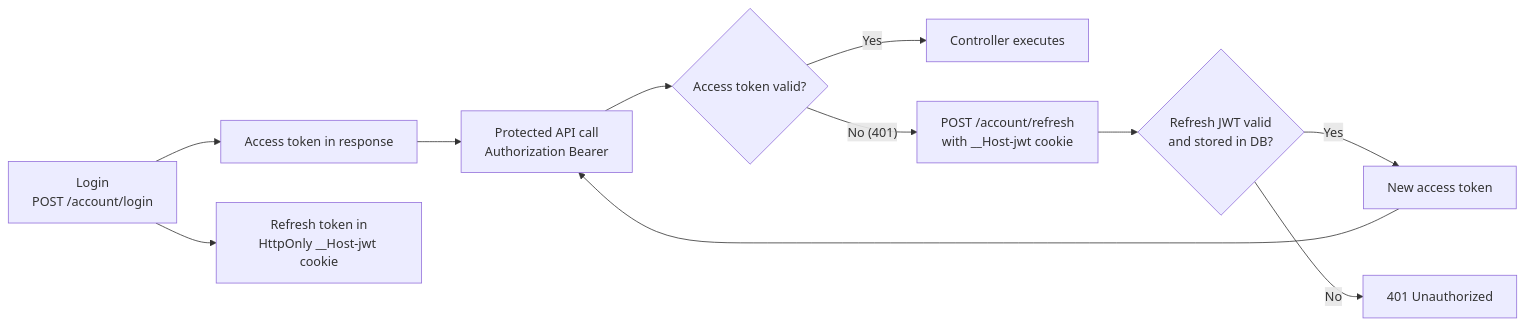
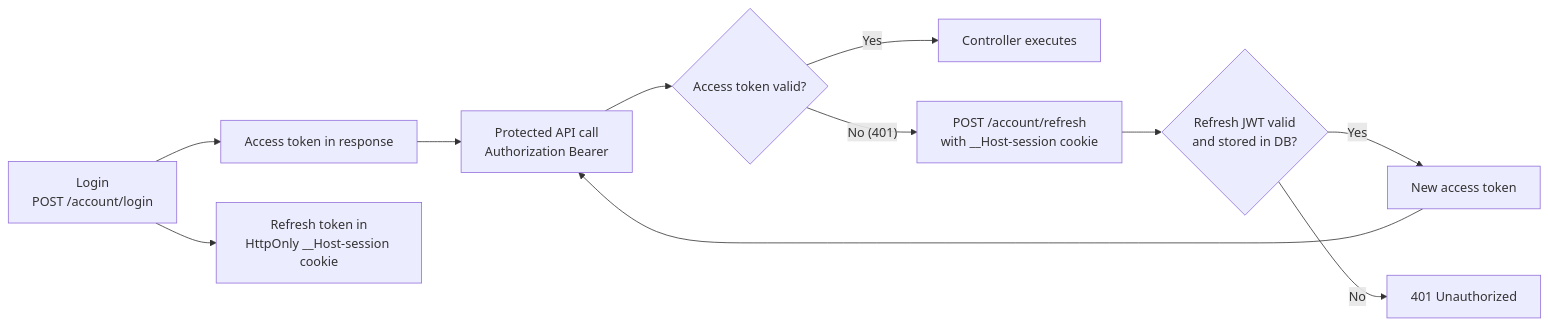
One commit to Guebbit/boilerplate-node-backend changed the first of 4 diagrams in docs/tools/security.md. Above: the diagram before and after it, drawn with Mermaid. The commit also changed other lines of this file and 95 other files, not shown here.

First line of the commit message:
feat(account): keep people signed in by JWT pair or by one session cookie, per NODE_SESSION_MODE

````diff
--- a/docs/tools/security.md
+++ b/docs/tools/security.md
@@ -249,13 +256,13 @@
 ```mermaid
 flowchart LR
     A[Login\nPOST /account/login] --> B[Access token in response]
-    A --> C[Refresh token in\nHttpOnly __Host-jwt cookie]
+    A --> C[Refresh token in\nHttpOnly __Host-session cookie]
     B --> D[Protected API call\nAuthorization Bearer]
     D --> E{Access token valid?}
     E -- Yes --> F[Controller executes]
-    E -- No (401) --> G[POST /account/refresh\nwith __Host-jwt cookie]
+    E -- No (401) --> G[POST /account/refresh\nwith __Host-session cookie]
     G --> H{Refresh JWT valid\nand stored in DB?}
     H -- Yes --> I[New access token]
     I --> D
     H -- No --> J[401 Unauthorized]
 ```
````
